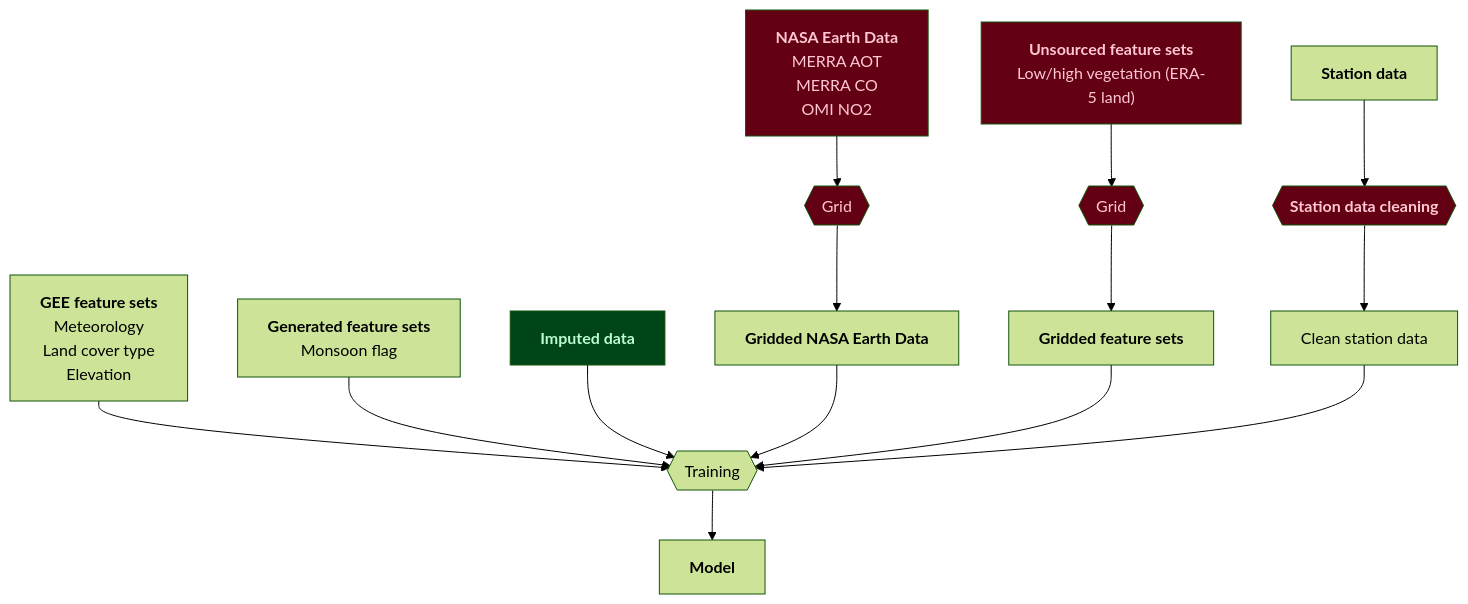
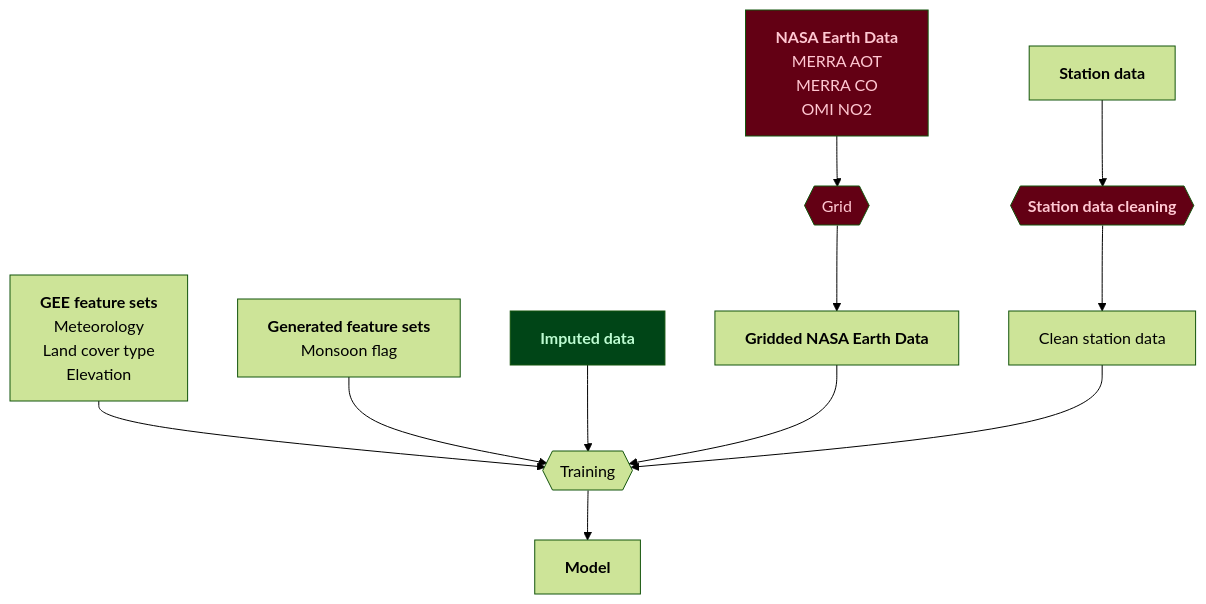
Before and after one commit to energyandcleanair/india_map: the third of 3 diagrams in README.md, drawn with Mermaid (forest theme). The commit also changed other lines of this file, not shown here.

Commit message:
Update diagrams, unknown features sources clarified

````diff
--- a/README.md
+++ b/README.md
@@ -123,84 +111,71 @@
 ```mermaid
 %%{init: {"flowchart": {"htmlLabels": false}} }%%
 flowchart TB
   direction TB
 
   nasa_earth_data["`
     **NASA Earth Data**
     MERRA AOT
     MERRA CO
     OMI NO2
   `"]
   grid_nasa_earth_data{{"Grid"}}
   gridded_nasa_earth_data["`
     **Gridded NASA Earth Data**
   `"]
 
   gee_feature_sets["`
     **GEE feature sets**
     Meteorology
     Land cover type
     Elevation
-  `"]
-
-
-  feature_sets["`
-    **Unsourced feature sets**
-    Low/high vegetation (ERA-5 land)
-  `"]
-  grid_feature_sets{{"Grid"}}
-  gridded_feature_sets["`
-    **Gridded feature sets**
   `"]
 
   generated_feature_sets["`
     **Generated feature sets**
     Monsoon flag
   `"]
 
   imputed_data["`
     **Imputed data**
   `"]
 
   station_data["`
     **Station data**
   `"]
 
   station_data_cleaning{{"`
     **Station data cleaning**
   `"}}
 
   clean_station_data["`
     Clean station data
   `"]
 
   training{{Training}}
 
   model["`
     **Model**
   `"]
 
   nasa_earth_data --> grid_nasa_earth_data --> gridded_nasa_earth_data
 
-  feature_sets --> grid_feature_sets --> gridded_feature_sets
-
   station_data --> station_data_cleaning --> clean_station_data
 
   gee_feature_sets --> training
   generated_feature_sets --> training
   imputed_data --> training
   gridded_nasa_earth_data --> training
-  gridded_feature_sets --> training
   clean_station_data --> training
 
   training --> model
 
   classDef missing fill:#630014,color:#ffc7d2;
   classDef from_elsewhere fill:#004517,color:#bdfcd2;
 
   class nasa_earth_data,grid_nasa_earth_data,feature_sets,grid_feature_sets,station_data_cleaning missing
 
   class imputed_data from_elsewhere
 
 
 ```
````
